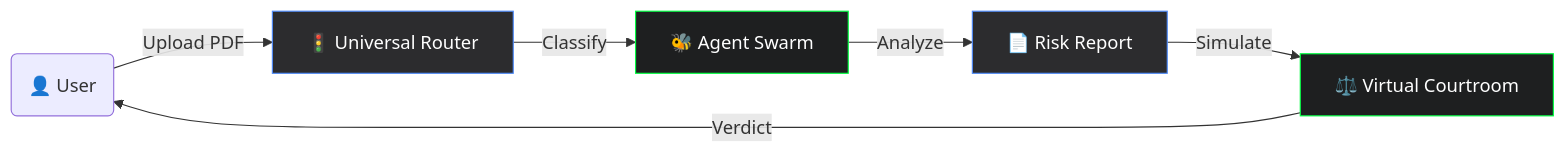
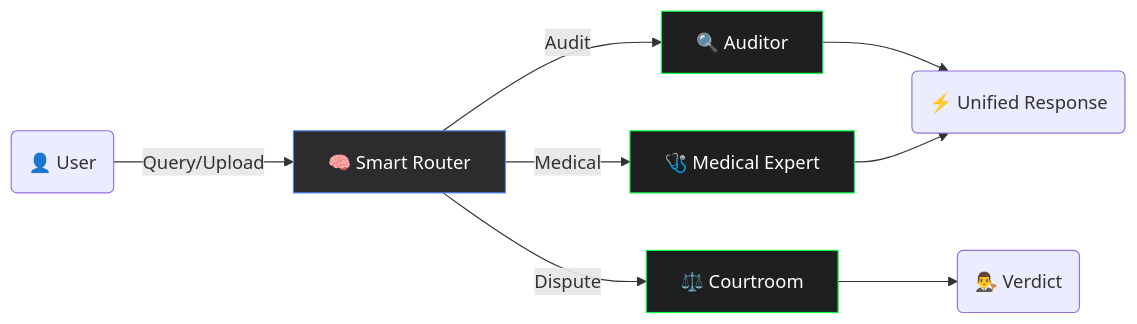
The diagram in README.md (deepakdk9669-collab/PolicyPARAKH), drawn with Mermaid before and after one commit. The commit also changed other lines of this file and 7 other files, not shown here.

````diff
--- a/README.md
+++ b/README.md
@@ -172,13 +173,14 @@
 ```mermaid
 graph LR
     %% Styles
     classDef user fill:#000,stroke:#fff,color:#fff
     classDef bot fill:#2C2C2E,stroke:#4F8BF9,color:#fff
     classDef action fill:#1E1F20,stroke:#00FF41,color:#fff
 
-    User(👤 User) --> |Upload PDF| Router[🚦 Universal Router]:::bot
-    Router --> |Classify| Swarm[🐝 Agent Swarm]:::action
-    Swarm --> |Analyze| Report[📄 Risk Report]:::bot
-    Report --> |Simulate| Court[⚖️ Virtual Courtroom]:::action
-    Court --> |Verdict| User
+    User(👤 User) --> |Query/Upload| Router[🧠 Smart Router]:::bot
+    Router --> |"Audit"| Auditor[🔍 Auditor]:::action
+    Router --> |"Medical"| Medical[🩺 Medical Expert]:::action
+    Router --> |"Dispute"| Court[⚖️ Courtroom]:::action
+    Auditor & Medical --> Response(⚡ Unified Response)
+    Court --> Verdict(👨‍⚖️ Verdict)
 ```
````
